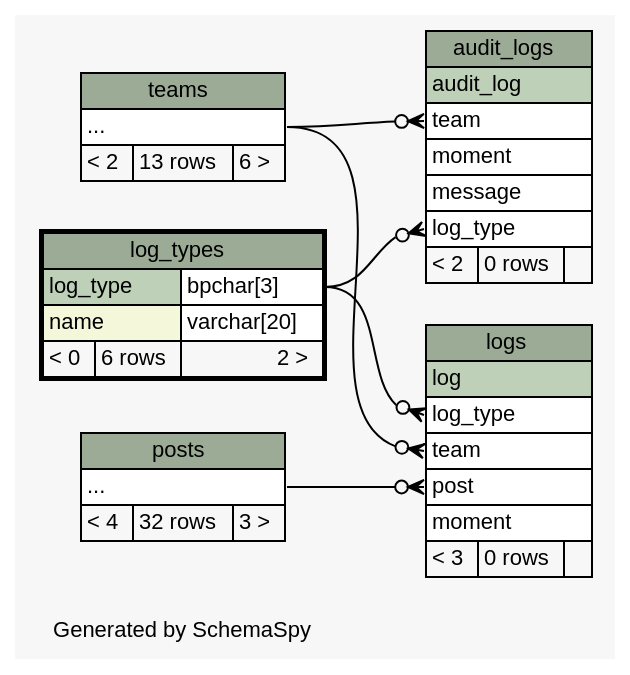
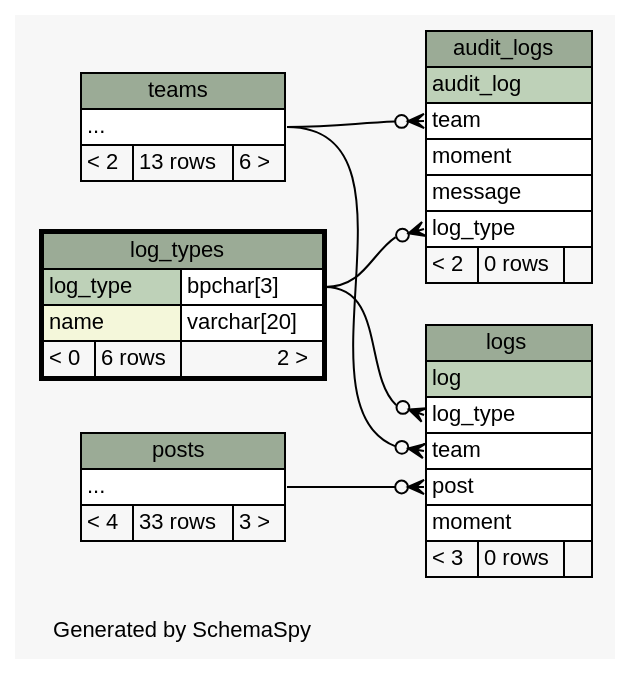
The diagram in Brazda/doc/db/diagrams/log_types.2degrees.dot (xmarwin/brazda), drawn with Graphviz before and after one commit. The commit also changed 100 other files, not shown here.

```diff
--- a/Brazda/doc/db/diagrams/log_types.2degrees.dot
+++ b/Brazda/doc/db/diagrams/log_types.2degrees.dot
@@ -1,86 +1,86 @@
 // dot 2.40.1 on Linux 4.11.5-gentoo
 // SchemaSpy rev 590
 digraph "twoDegreesRelationshipsDiagram" {
   graph [
     rankdir="RL"
     bgcolor="#f7f7f7"
     label="\nGenerated by SchemaSpy"
     labeljust="l"
     nodesep="0.18"
     ranksep="0.46"
     fontname="Helvetica"
     fontsize="11"
   ];
   node [
     fontname="Helvetica"
     fontsize="11"
     shape="plaintext"
   ];
   edge [
     arrowsize="0.8"
   ];
   "audit_logs":"log_type":w -> "log_types":"log_type.type":e [arrowhead=none dir=back arrowtail=crowodot];
   "audit_logs":"team":w -> "teams":"elipses":e [arrowhead=none dir=back arrowtail=crowodot];
   "logs":"log_type":w -> "log_types":"log_type.type":e [arrowhead=none dir=back arrowtail=crowodot];
   "logs":"post":w -> "posts":"elipses":e [arrowhead=none dir=back arrowtail=crowodot];
   "logs":"team":w -> "teams":"elipses":e [arrowhead=none dir=back arrowtail=crowodot];
   "audit_logs" [
     label=<
     <TABLE BORDER="0" CELLBORDER="1" CELLSPACING="0" BGCOLOR="#ffffff">
       <TR><TD COLSPAN="3" BGCOLOR="#9bab96" ALIGN="CENTER">audit_logs</TD></TR>
       <TR><TD PORT="audit_log" COLSPAN="3" BGCOLOR="#bed1b8" ALIGN="LEFT">audit_log</TD></TR>
       <TR><TD PORT="team" COLSPAN="3" ALIGN="LEFT">team</TD></TR>
       <TR><TD PORT="moment" COLSPAN="3" ALIGN="LEFT">moment</TD></TR>
       <TR><TD PORT="message" COLSPAN="3" ALIGN="LEFT">message</TD></TR>
       <TR><TD PORT="log_type" COLSPAN="3" ALIGN="LEFT">log_type</TD></TR>
       <TR><TD ALIGN="LEFT" BGCOLOR="#f7f7f7">&lt; 2</TD><TD ALIGN="RIGHT" BGCOLOR="#f7f7f7">0 rows</TD><TD ALIGN="RIGHT" BGCOLOR="#f7f7f7">  </TD></TR>
     </TABLE>>
     URL="audit_logs.html"
     tooltip="audit_logs"
   ];
   "log_types" [
     label=<
     <TABLE BORDER="2" CELLBORDER="1" CELLSPACING="0" BGCOLOR="#ffffff">
       <TR><TD COLSPAN="3" BGCOLOR="#9bab96" ALIGN="CENTER">log_types</TD></TR>
       <TR><TD PORT="log_type" COLSPAN="2" BGCOLOR="#bed1b8" ALIGN="LEFT">log_type</TD><TD PORT="log_type.type" ALIGN="LEFT">bpchar[3]</TD></TR>
       <TR><TD PORT="name" COLSPAN="2" BGCOLOR="#f4f7da" ALIGN="LEFT">name</TD><TD PORT="name.type" ALIGN="LEFT">varchar[20]</TD></TR>
       <TR><TD ALIGN="LEFT" BGCOLOR="#f7f7f7">&lt; 0</TD><TD ALIGN="RIGHT" BGCOLOR="#f7f7f7">6 rows</TD><TD ALIGN="RIGHT" BGCOLOR="#f7f7f7">2 &gt;</TD></TR>
     </TABLE>>
     URL="log_types.html"
     tooltip="log_types"
   ];
   "logs" [
     label=<
     <TABLE BORDER="0" CELLBORDER="1" CELLSPACING="0" BGCOLOR="#ffffff">
       <TR><TD COLSPAN="3" BGCOLOR="#9bab96" ALIGN="CENTER">logs</TD></TR>
       <TR><TD PORT="log" COLSPAN="3" BGCOLOR="#bed1b8" ALIGN="LEFT">log</TD></TR>
       <TR><TD PORT="log_type" COLSPAN="3" ALIGN="LEFT">log_type</TD></TR>
       <TR><TD PORT="team" COLSPAN="3" ALIGN="LEFT">team</TD></TR>
       <TR><TD PORT="post" COLSPAN="3" ALIGN="LEFT">post</TD></TR>
       <TR><TD PORT="moment" COLSPAN="3" ALIGN="LEFT">moment</TD></TR>
       <TR><TD ALIGN="LEFT" BGCOLOR="#f7f7f7">&lt; 3</TD><TD ALIGN="RIGHT" BGCOLOR="#f7f7f7">0 rows</TD><TD ALIGN="RIGHT" BGCOLOR="#f7f7f7">  </TD></TR>
     </TABLE>>
     URL="logs.html"
     tooltip="logs"
   ];
   "posts" [
     label=<
     <TABLE BORDER="0" CELLBORDER="1" CELLSPACING="0" BGCOLOR="#ffffff">
       <TR><TD COLSPAN="3" BGCOLOR="#9bab96" ALIGN="CENTER">posts</TD></TR>
       <TR><TD PORT="elipses" COLSPAN="3" ALIGN="LEFT">...</TD></TR>
-      <TR><TD ALIGN="LEFT" BGCOLOR="#f7f7f7">&lt; 4</TD><TD ALIGN="RIGHT" BGCOLOR="#f7f7f7">32 rows</TD><TD ALIGN="RIGHT" BGCOLOR="#f7f7f7">3 &gt;</TD></TR>
+      <TR><TD ALIGN="LEFT" BGCOLOR="#f7f7f7">&lt; 4</TD><TD ALIGN="RIGHT" BGCOLOR="#f7f7f7">33 rows</TD><TD ALIGN="RIGHT" BGCOLOR="#f7f7f7">3 &gt;</TD></TR>
     </TABLE>>
     URL="posts.html"
     tooltip="posts"
   ];
   "teams" [
     label=<
     <TABLE BORDER="0" CELLBORDER="1" CELLSPACING="0" BGCOLOR="#ffffff">
       <TR><TD COLSPAN="3" BGCOLOR="#9bab96" ALIGN="CENTER">teams</TD></TR>
       <TR><TD PORT="elipses" COLSPAN="3" ALIGN="LEFT">...</TD></TR>
       <TR><TD ALIGN="LEFT" BGCOLOR="#f7f7f7">&lt; 2</TD><TD ALIGN="RIGHT" BGCOLOR="#f7f7f7">13 rows</TD><TD ALIGN="RIGHT" BGCOLOR="#f7f7f7">6 &gt;</TD></TR>
     </TABLE>>
     URL="teams.html"
     tooltip="teams"
   ];
 }
```
